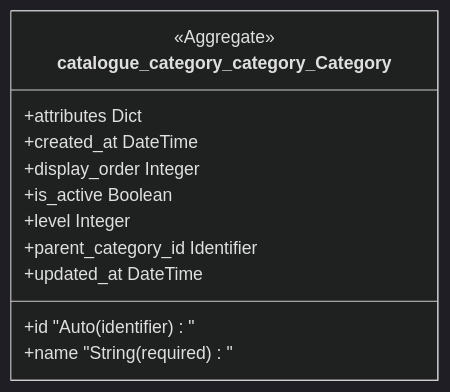
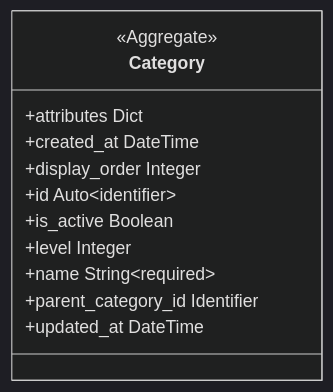
Before and after one commit to proteanhq/shopstream: the first of 2 diagrams in docs/catalogue/clusters.md, drawn with Mermaid (dark theme). The commit also changed other lines of this file and 24 other files, not shown here.

First line of the commit message:
Regenerate docs with improved Mermaid diagrams from upstream Protean fixes

````diff
--- a/docs/catalogue/clusters.md
+++ b/docs/catalogue/clusters.md
@@ -3,15 +3,15 @@
 ```mermaid
 classDiagram
-    class catalogue_category_category_Category {
+    class catalogue_category_category_Category["Category"] {
         <<Aggregate>>
         +attributes Dict
         +created_at DateTime
         +display_order Integer
-        +id "Auto (identifier)"
+        +id Auto~identifier~
         +is_active Boolean
         +level Integer
-        +name "String (required)"
+        +name String~required~
         +parent_category_id Identifier
         +updated_at DateTime
     }
 ```
````
